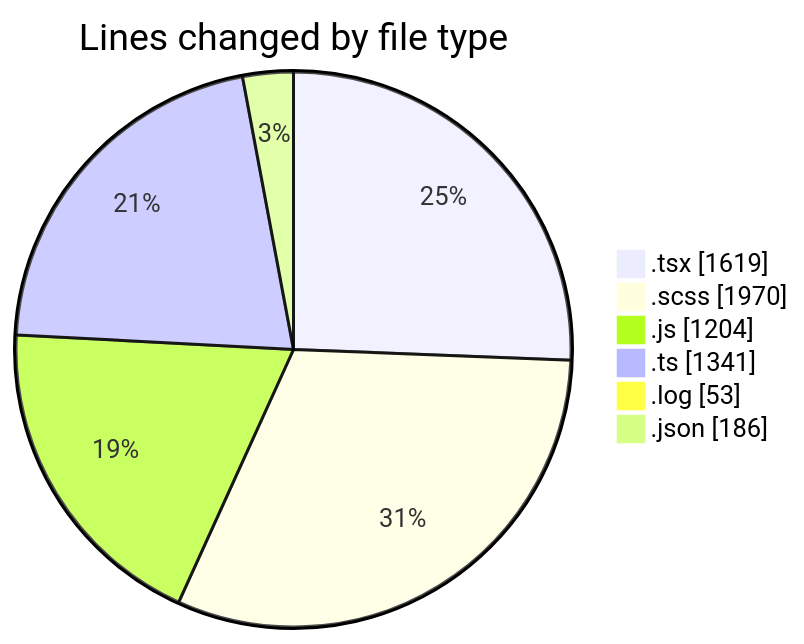
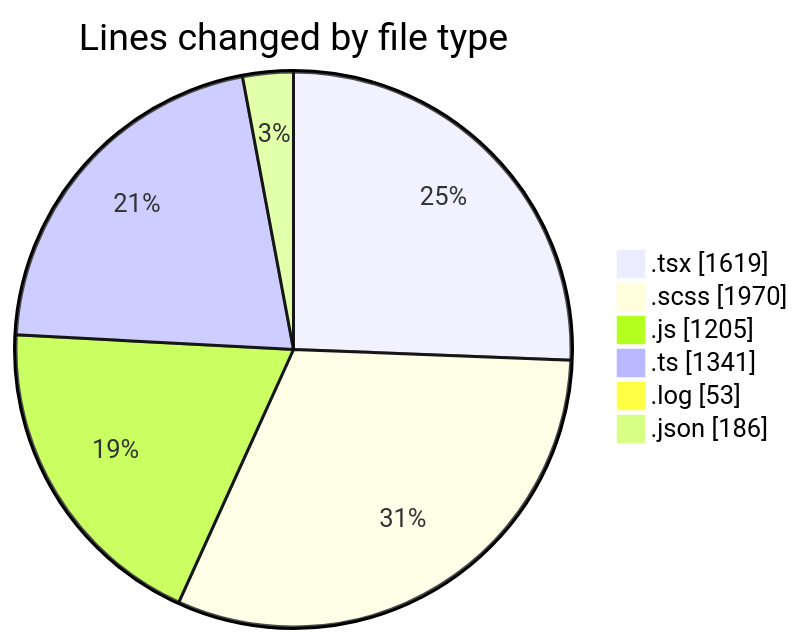
One commit to momahboobian/code-tracking changed the first of 2 diagrams in 2026-03-25/cda/README.md. Above: the diagram before and after it, drawn with Mermaid. The commit also changed other lines of this file and 1 other file, not shown here.

````diff
--- a/2026-03-25/cda/README.md
+++ b/2026-03-25/cda/README.md
@@ -28,10 +28,10 @@
 ```mermaid
 pie showData
 title Lines changed by file type
 ".tsx" : 1619
 ".scss" : 1970
-".js" : 1204
+".js" : 1205
 ".ts" : 1341
 ".log" : 53
 ".json" : 186
 ```
````
